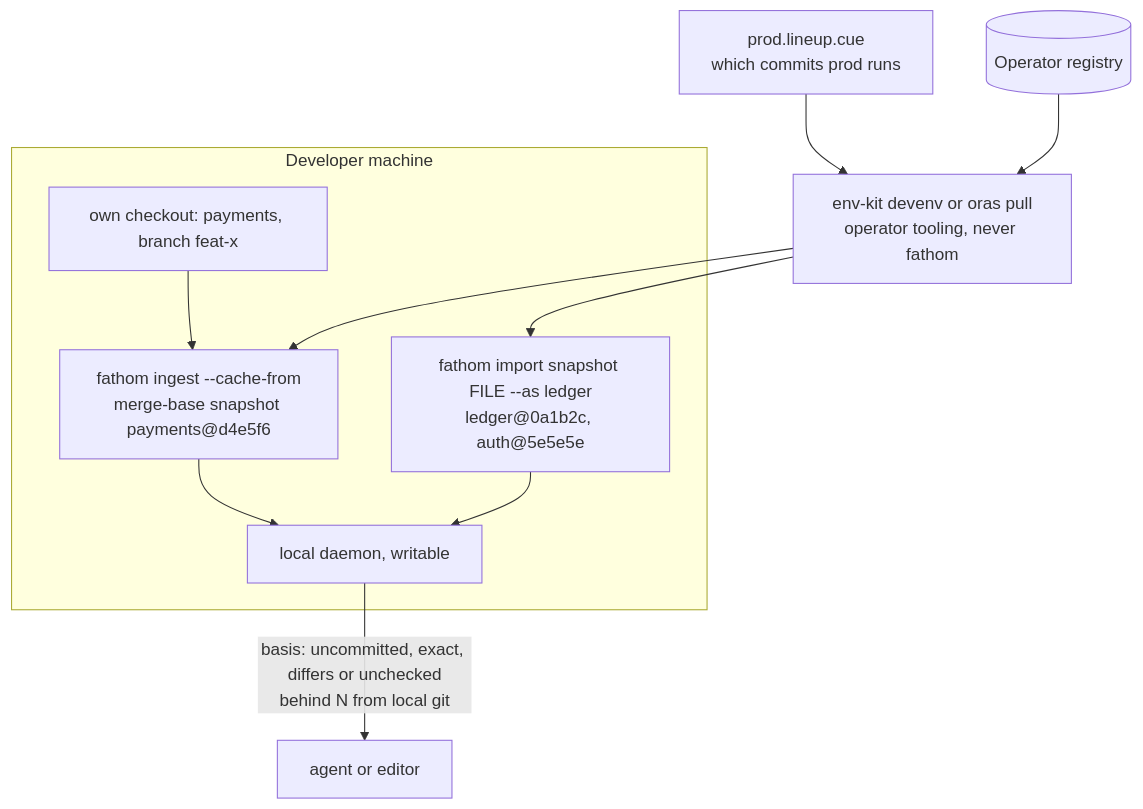
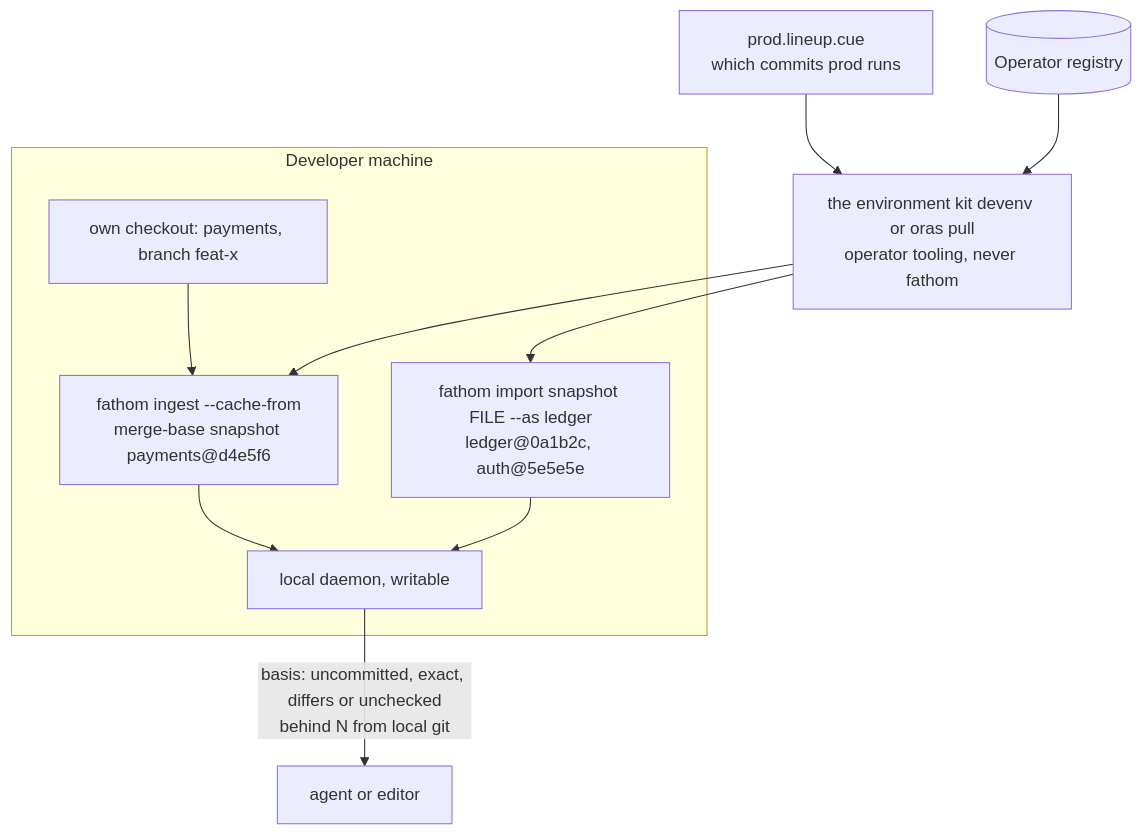
The sixth of 8 diagrams in docs/design/index-snapshots.md (GeoffMillerAZ/fathom), drawn with Mermaid before and after one commit. The commit also changed other lines of this file and 20 other files, not shown here.

````diff
--- a/docs/design/index-snapshots.md
+++ b/docs/design/index-snapshots.md
@@ -414,20 +414,20 @@
 ```mermaid
 flowchart TB
   LIN["prod.lineup.cue<br/>which commits prod runs"]
   REG[("Operator registry")]
-  PULL["env-kit devenv or oras pull<br/>operator tooling, never fathom"]
+  PULL["the environment kit devenv or oras pull<br/>operator tooling, never fathom"]
   LIN --> PULL
   REG --> PULL
   subgraph laptop["Developer machine"]
     OWN["own checkout: payments, branch feat-x"]
     CF["fathom ingest --cache-from<br/>merge-base snapshot payments@d4e5f6"]
     IMP["fathom import snapshot FILE --as ledger<br/>ledger@0a1b2c, auth@5e5e5e"]
     LD["local daemon, writable"]
   end
   PULL --> CF
   PULL --> IMP
   OWN --> CF
   CF --> LD
   IMP --> LD
   LD -->|"basis: uncommitted, exact, differs or unchecked<br/>behind N from local git"| AG["agent or editor"]
 ```
````
